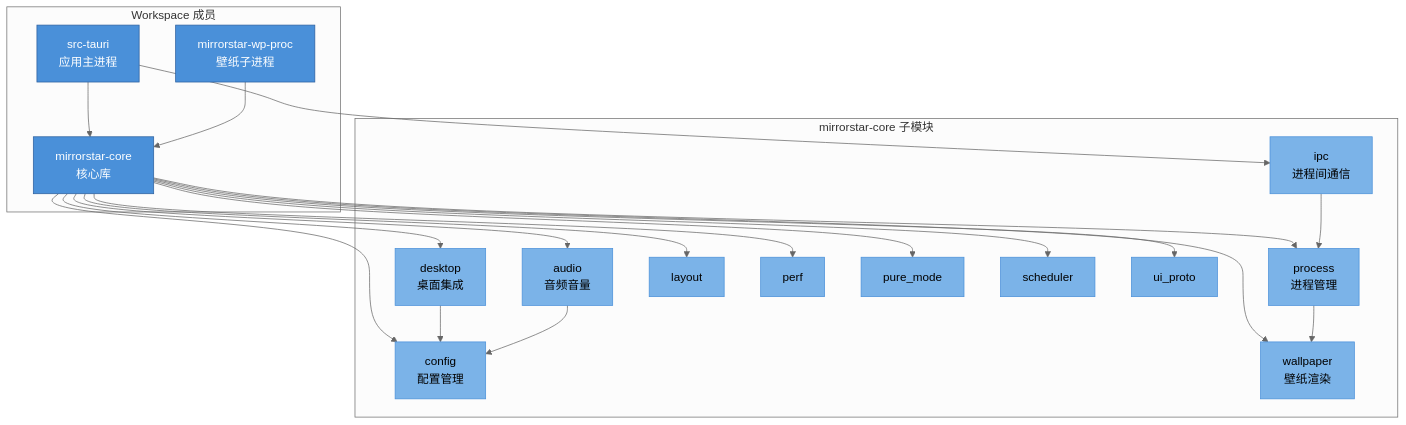
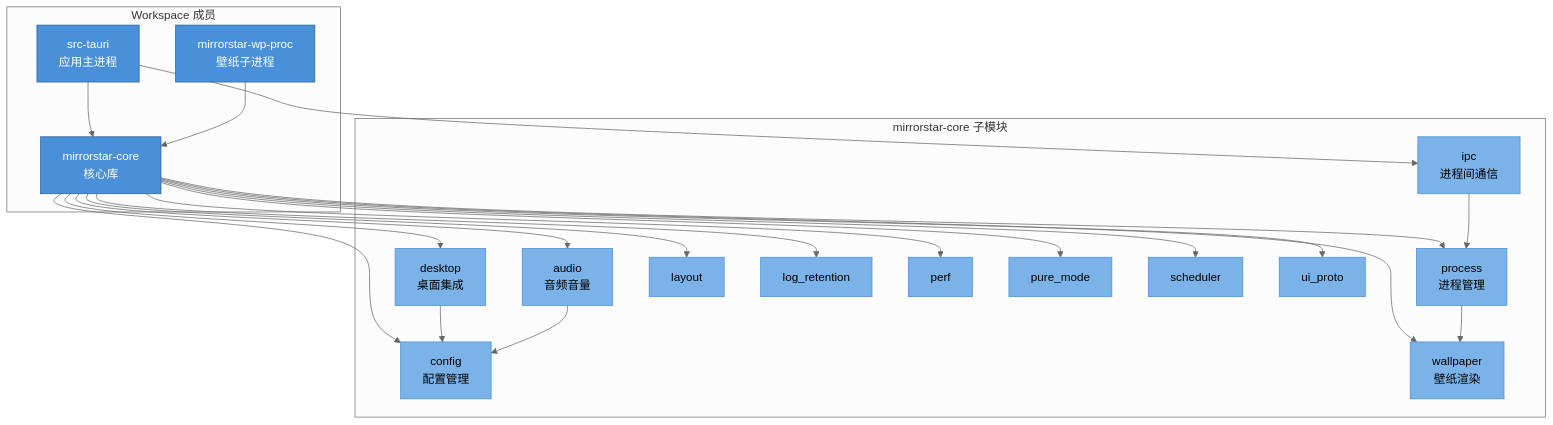
The second of 3 diagrams in docs/02-架构与技术栈/01-架构与技术栈总览-Architecture-and-Tech-Stack-Overview.md (Wunseol/mirrorstar-wallpaper), drawn with Mermaid (neutral theme) before and after one commit. The commit also changed other lines of this file and 42 other files, not shown here.

````diff
--- a/docs/02-架构与技术栈/01-架构与技术栈总览-Architecture-and-Tech-Stack-Overview.md
+++ b/docs/02-架构与技术栈/01-架构与技术栈总览-Architecture-and-Tech-Stack-Overview.md
@@ -123,47 +123,49 @@
 ```mermaid
 graph TD
     subgraph "Workspace 成员"
         APP[src-tauri<br/>应用主进程]
         CORE[mirrorstar-core<br/>核心库]
         WPPROC[mirrorstar-wp-proc<br/>壁纸子进程]
     end
 
     subgraph "mirrorstar-core 子模块"
         AUDIO[audio<br/>音频音量]
         CONFIG[config<br/>配置管理]
         DESKTOP[desktop<br/>桌面集成]
         IPC[ipc<br/>进程间通信]
         PROCESS[process<br/>进程管理]
         WALLPAPER[wallpaper<br/>壁纸渲染]
         LAYOUT[layout]
+        LOGKEEP[log_retention]
         PERF[perf]
         PURE[pure_mode]
         SCHED[scheduler]
         UIPROTO[ui_proto]
     end
 
     APP --> CORE
     WPPROC --> CORE
     APP --> IPC
 
     CORE --> AUDIO
     CORE --> CONFIG
     CORE --> DESKTOP
     CORE --> PROCESS
     CORE --> WALLPAPER
     CORE --> LAYOUT
+    CORE --> LOGKEEP
     CORE --> PERF
     CORE --> PURE
     CORE --> SCHED
     CORE --> UIPROTO
 
     PROCESS --> WALLPAPER
     DESKTOP --> CONFIG
     IPC --> PROCESS
     AUDIO --> CONFIG
 
     classDef member fill:#4a90d9,stroke:#2c5f9e,color:#fff
     classDef module fill:#7bb3e8,stroke:#4a90d9,color:#000
     class APP,CORE,WPPROC member
-    class AUDIO,CONFIG,DESKTOP,IPC,PROCESS,WALLPAPER,LAYOUT,PERF,PURE,SCHED,UIPROTO module
+    class AUDIO,CONFIG,DESKTOP,IPC,PROCESS,WALLPAPER,LAYOUT,LOGKEEP,PERF,PURE,SCHED,UIPROTO module
 ```
````
